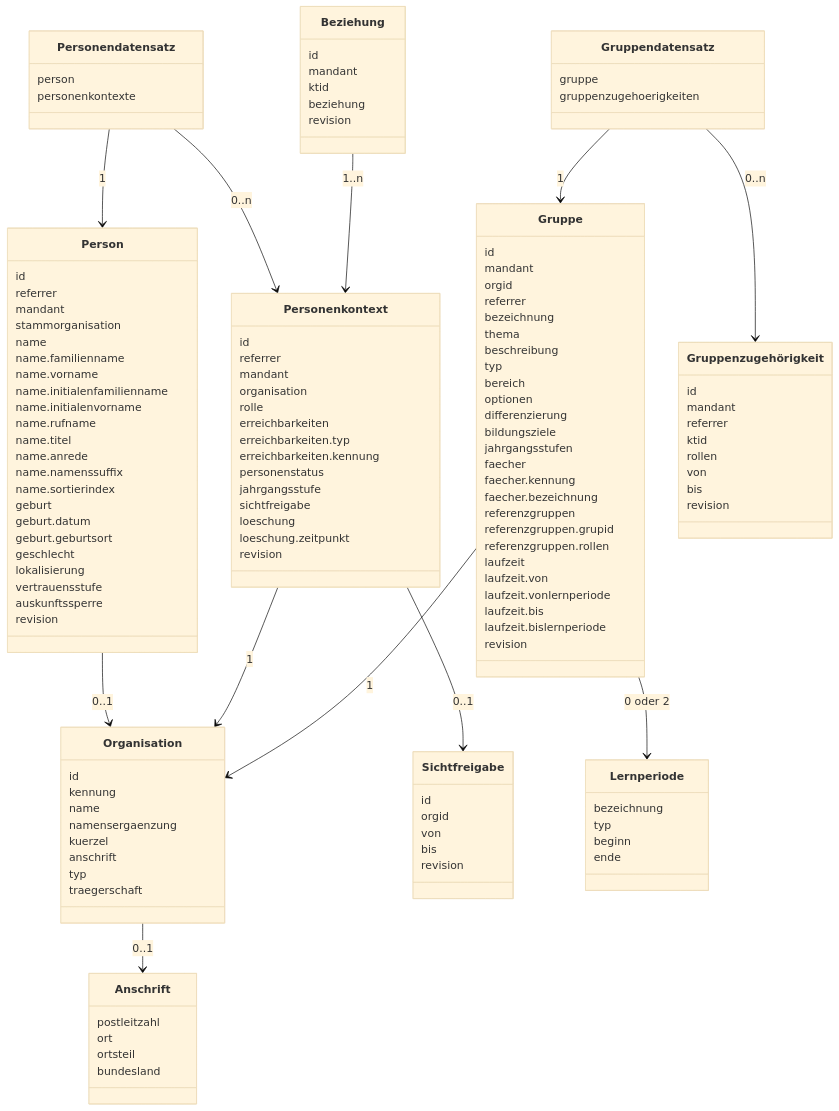
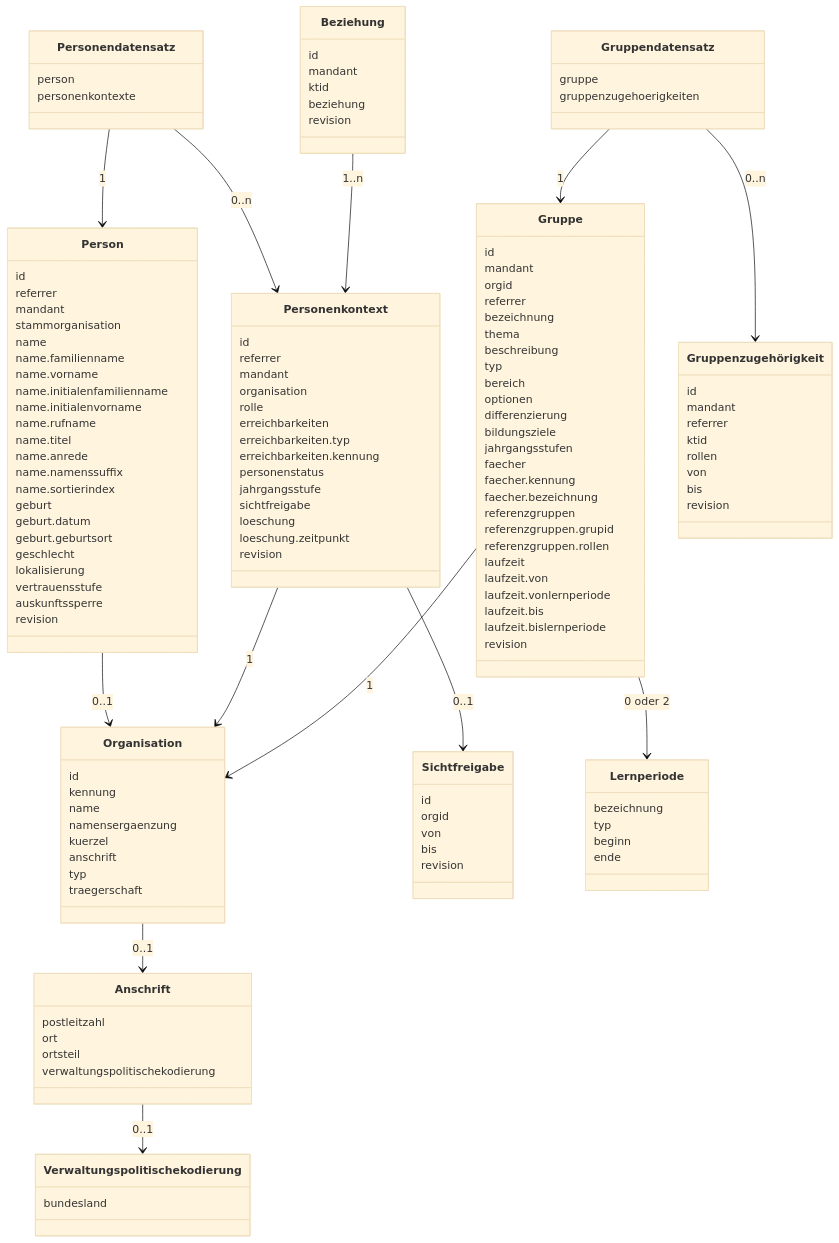
The diagram in docs/datenmodell-qs/datenmodell.md (Schulconnex/Schulconnex), drawn with Mermaid (base theme) before and after one commit. The commit also changed 9 other files, not shown here.

```diff
--- a/docs/datenmodell-qs/datenmodell.md
+++ b/docs/datenmodell-qs/datenmodell.md
@@ -20,6 +20,7 @@
   Personenkontext --> Organisation : 1
   Personenkontext --> Sichtfreigabe : 0..1
   Organisation --> Anschrift : 0..1
+  Anschrift --> Verwaltungspolitischekodierung : 0..1
   Gruppe --> Organisation : 1
   Gruppendatensatz --> Gruppe : 1
   Gruppendatensatz --> Gruppenzugehörigkeit : 0..n
@@ -93,6 +94,9 @@
     postleitzahl
     ort
     ortsteil
+    verwaltungspolitischekodierung
+  }
+  class Verwaltungspolitischekodierung {
     bundesland
   }
   class Gruppe {
```
